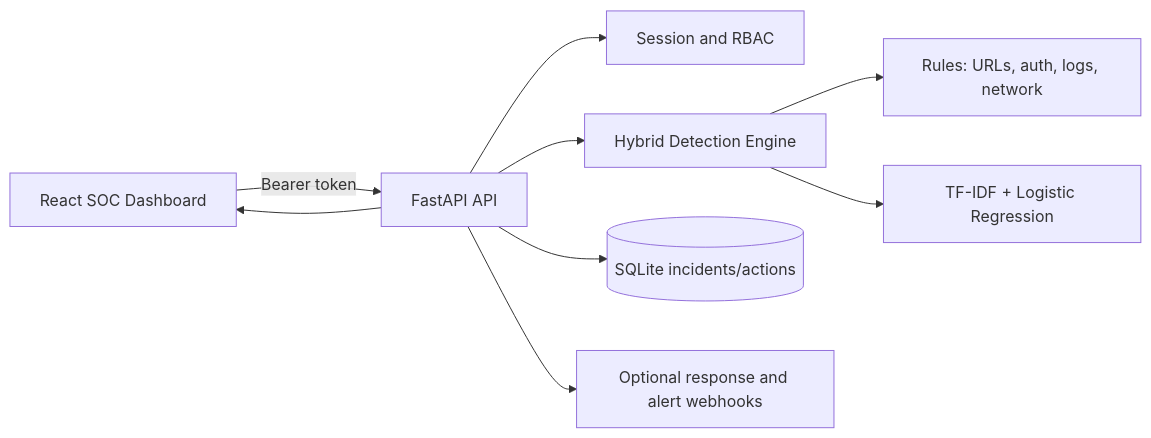
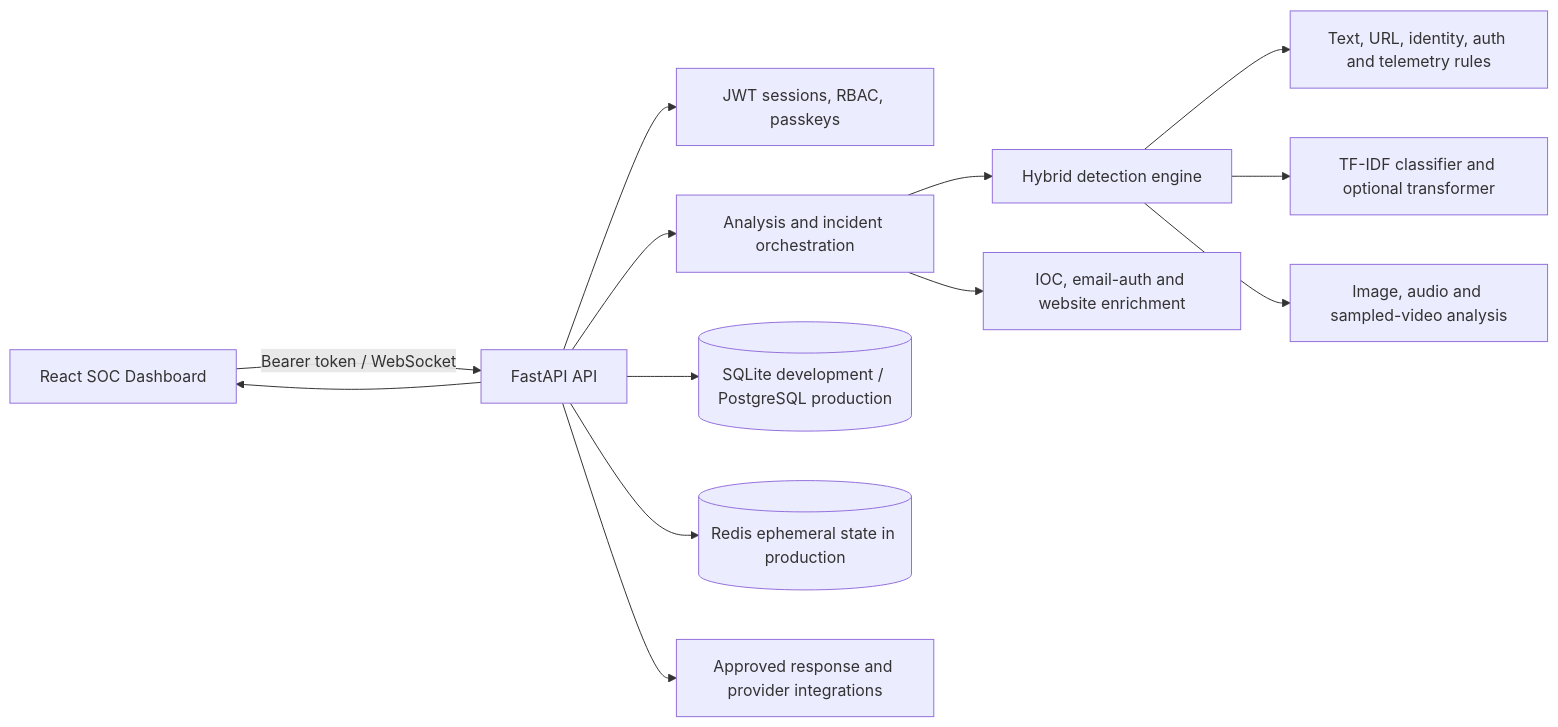
One commit to TeamSecure-GITA/TeamSecure-GITA-Cyberguard_BPUT changed the diagram in ARCHITECTURE.md. Above: the diagram before and after it, drawn with Mermaid. The commit also changed other lines of this file and 22 other files, not shown here.

````diff
--- a/ARCHITECTURE.md
+++ b/ARCHITECTURE.md
@@ -5,11 +5,15 @@
 ```mermaid
 flowchart LR
-  UI[React SOC Dashboard] -->|Bearer token| API[FastAPI API]
-  API --> AUTH[Session and RBAC]
-  API --> ENGINE[Hybrid Detection Engine]
-  ENGINE --> RULES[Rules: URLs, auth, logs, network]
-  ENGINE --> MODEL[TF-IDF + Logistic Regression]
-  API --> DB[(SQLite incidents/actions)]
-  API --> WEBHOOK[Optional response and alert webhooks]
+  UI[React SOC Dashboard] -->|Bearer token / WebSocket| API[FastAPI API]
+  API --> AUTH[JWT sessions, RBAC, passkeys]
+  API --> ROUTER[Analysis and incident orchestration]
+  ROUTER --> ENGINE[Hybrid detection engine]
+  ENGINE --> RULES[Text, URL, identity, auth and telemetry rules]
+  ENGINE --> TEXT[TF-IDF classifier and optional transformer]
+  ENGINE --> MEDIA[Image, audio and sampled-video analysis]
+  ROUTER --> INTEL[IOC, email-auth and website enrichment]
+  API --> DB[(SQLite development / PostgreSQL production)]
+  API --> REDIS[(Redis ephemeral state in production)]
+  API --> ACTIONS[Approved response and provider integrations]
   API --> UI
 ```
````
